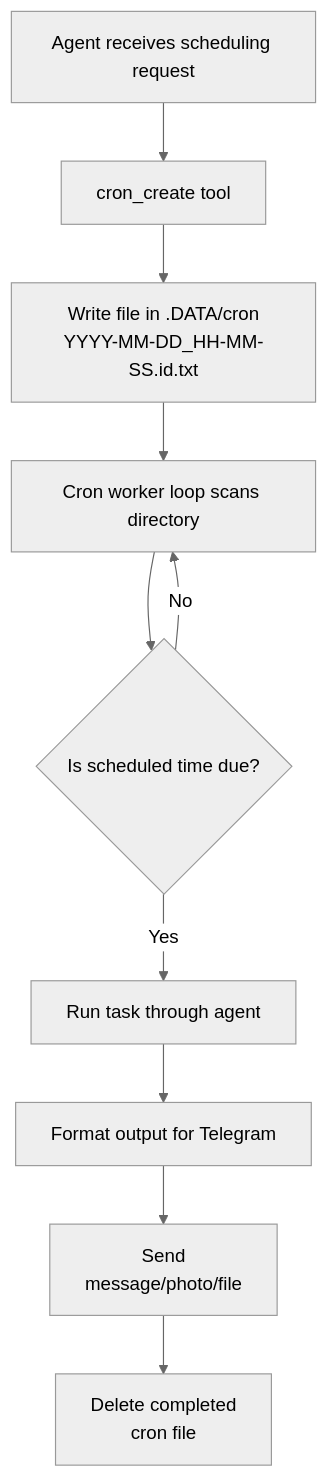
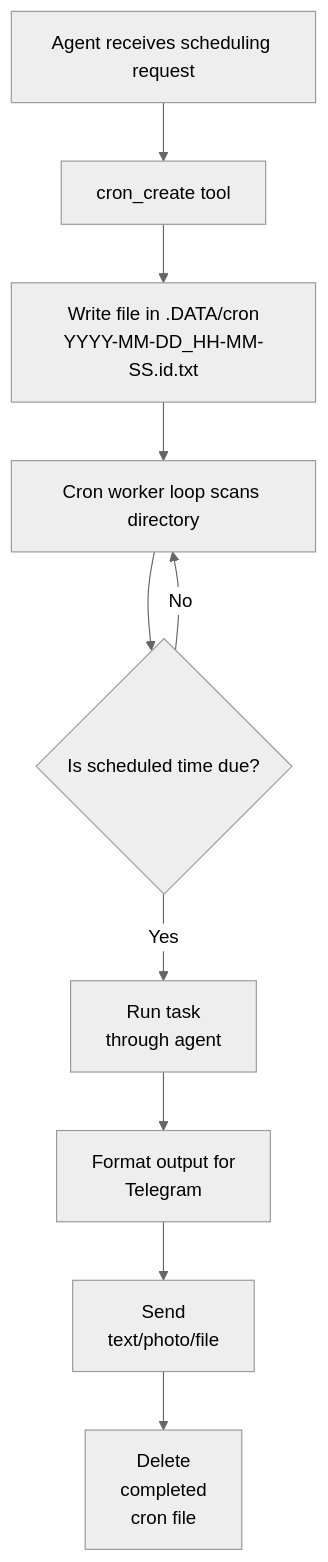
One commit to alaminkouser/website changed the third of 3 diagrams in docs/source/ai-agent/index.md. Above: the diagram before and after it, drawn with Mermaid (neutral theme).

Commit message:
docs: update formatting and labels in ai-agent cron workflow diagram

````diff
--- a/docs/source/ai-agent/index.md
+++ b/docs/source/ai-agent/index.md
@@ -187,12 +187,12 @@
 ```mermaid
 flowchart TD
     A[Agent receives scheduling request] --> B[cron_create tool]
     B --> C[Write file in .DATA/cron<br/>YYYY-MM-DD_HH-MM-SS.id.txt]
     C --> D[Cron worker loop scans directory]
     D --> E{Is scheduled time due?}
     E -- No --> D
-    E -- Yes --> F[Run task through agent]
-    F --> G[Format output for Telegram]
-    G --> H[Send<br/>message/photo/file]
-    H --> I[Delete completed<br/>cron file]
+    E -- Yes --> F[Run task<br/>through agent]
+    F --> G[Format output for<br/>Telegram]
+    G --> H[Send<br/>text/photo/file]
+    H --> I[Delete<br/>completed<br/>cron file]
 ```
````
